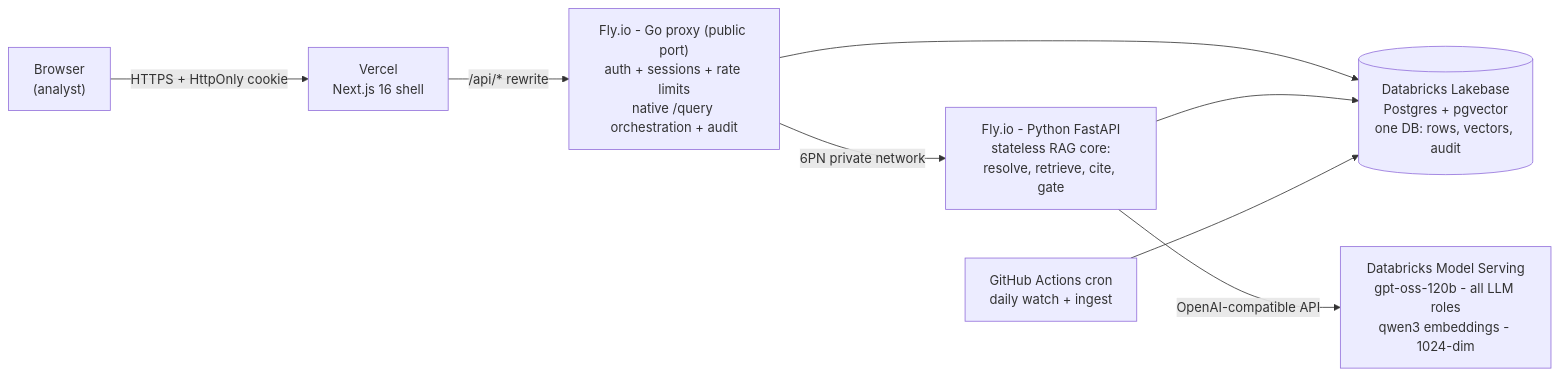
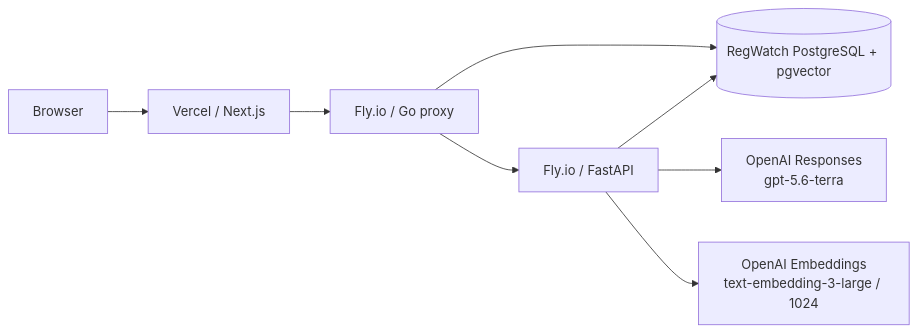
Before and after one commit to Hussain0327/amneal: the second of 2 diagrams in README.md, drawn with Mermaid. The commit also changed other lines of this file and 58 other files, not shown here.

Commit message:
feat(ai): migrate to OpenAI Responses API

````diff
--- a/README.md
+++ b/README.md
@@ -292,10 +232,10 @@
 ```mermaid
 flowchart LR
-    B["Browser<br/>(analyst)"] -->|"HTTPS + HttpOnly cookie"| V["Vercel<br/>Next.js 16 shell"]
-    V -->|"/api/* rewrite"| GO["Fly.io - Go proxy (public port)<br/>auth + sessions + rate limits<br/>native /query orchestration + audit"]
-    GO -->|"6PN private network"| PY["Fly.io - Python FastAPI<br/>stateless RAG core:<br/>resolve, retrieve, cite, gate"]
-    GO --> PG[("Databricks Lakebase<br/>Postgres + pgvector<br/>one DB: rows, vectors, audit")]
+    B["Browser"] --> V["Vercel / Next.js"]
+    V --> GO["Fly.io / Go proxy"]
+    GO --> PY["Fly.io / FastAPI"]
+    GO --> PG[("RegWatch PostgreSQL + pgvector")]
     PY --> PG
-    PY -->|"OpenAI-compatible API"| DBX["Databricks Model Serving<br/>gpt-oss-120b - all LLM roles<br/>qwen3 embeddings - 1024-dim"]
-    CRON["GitHub Actions cron<br/>daily watch + ingest"] --> PG
+    PY --> RESP["OpenAI Responses<br/>gpt-5.6-terra"]
+    PY --> EMB["OpenAI Embeddings<br/>text-embedding-3-large / 1024"]
 ```
````
